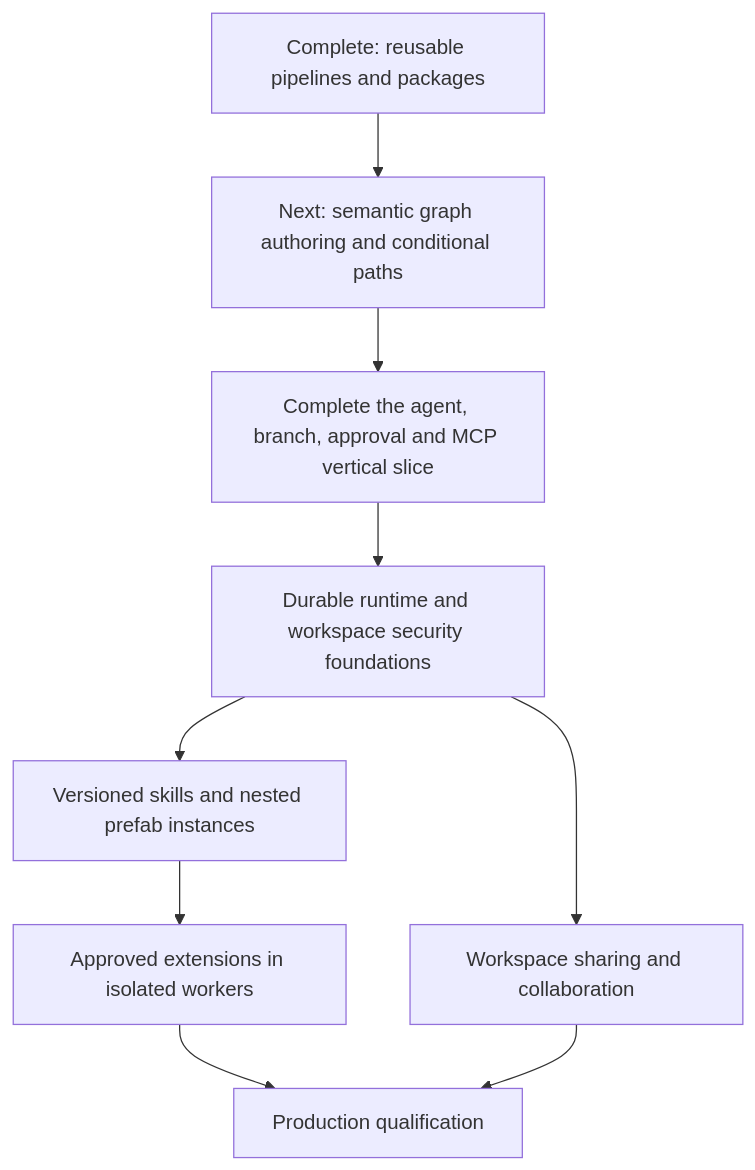
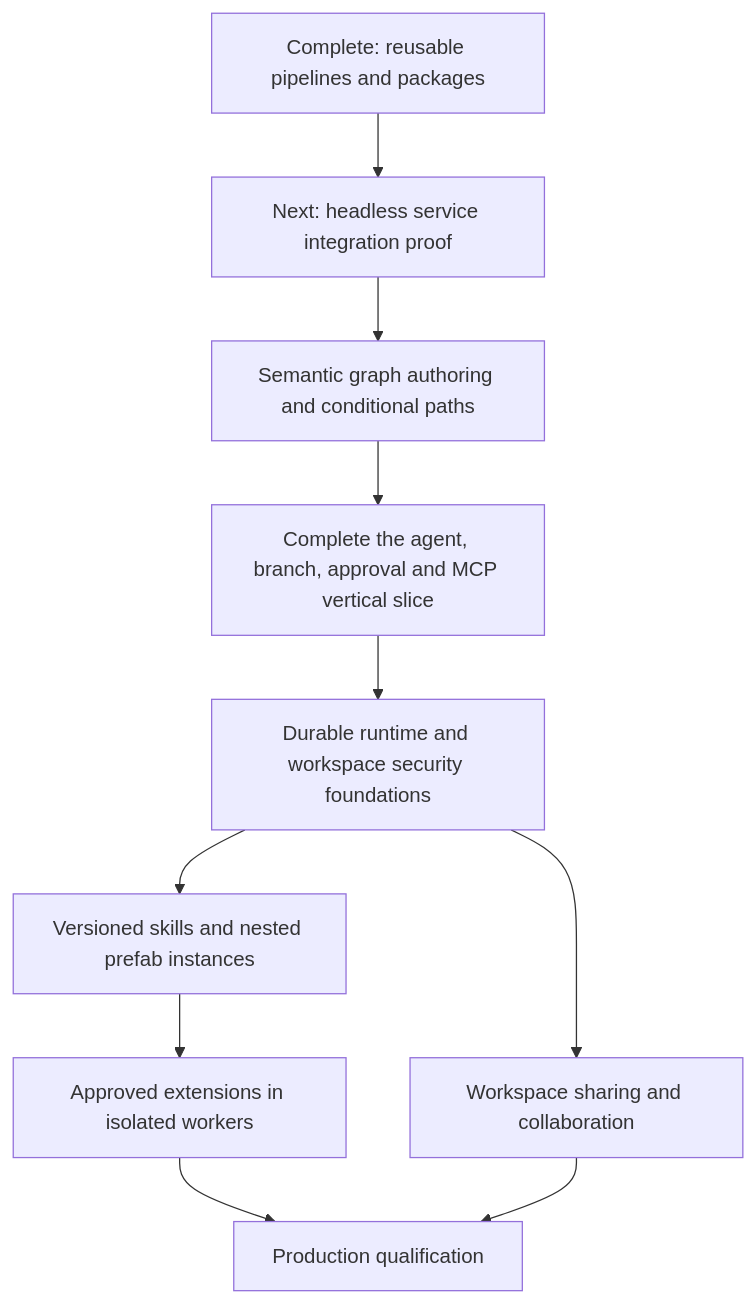
Before and after one commit to gnalvesteffer/visual-agent-workflow: the diagram in docs/roadmap.md, drawn with Mermaid. The commit also changed other lines of this file and 8 other files, not shown here.

Commit message:
Make user-owned service hosting a first-class product goal

````diff
--- a/docs/roadmap.md
+++ b/docs/roadmap.md
@@ -30,11 +30,12 @@
 ```mermaid
 flowchart TD
-    Reuse["Complete: reusable pipelines and packages"] --> Graph["Next: semantic graph authoring and conditional paths"]
+    Reuse["Complete: reusable pipelines and packages"] --> Hosting["Next: headless service integration proof"]
+    Hosting --> Graph["Semantic graph authoring and conditional paths"]
     Graph --> Vertical["Complete the agent, branch, approval and MCP vertical slice"]
     Vertical --> Durable["Durable runtime and workspace security foundations"]
     Durable --> Assets["Versioned skills and nested prefab instances"]
     Assets --> Extensions["Approved extensions in isolated workers"]
     Durable --> Collaboration["Workspace sharing and collaboration"]
     Extensions --> Production["Production qualification"]
     Collaboration --> Production
 ```
````
